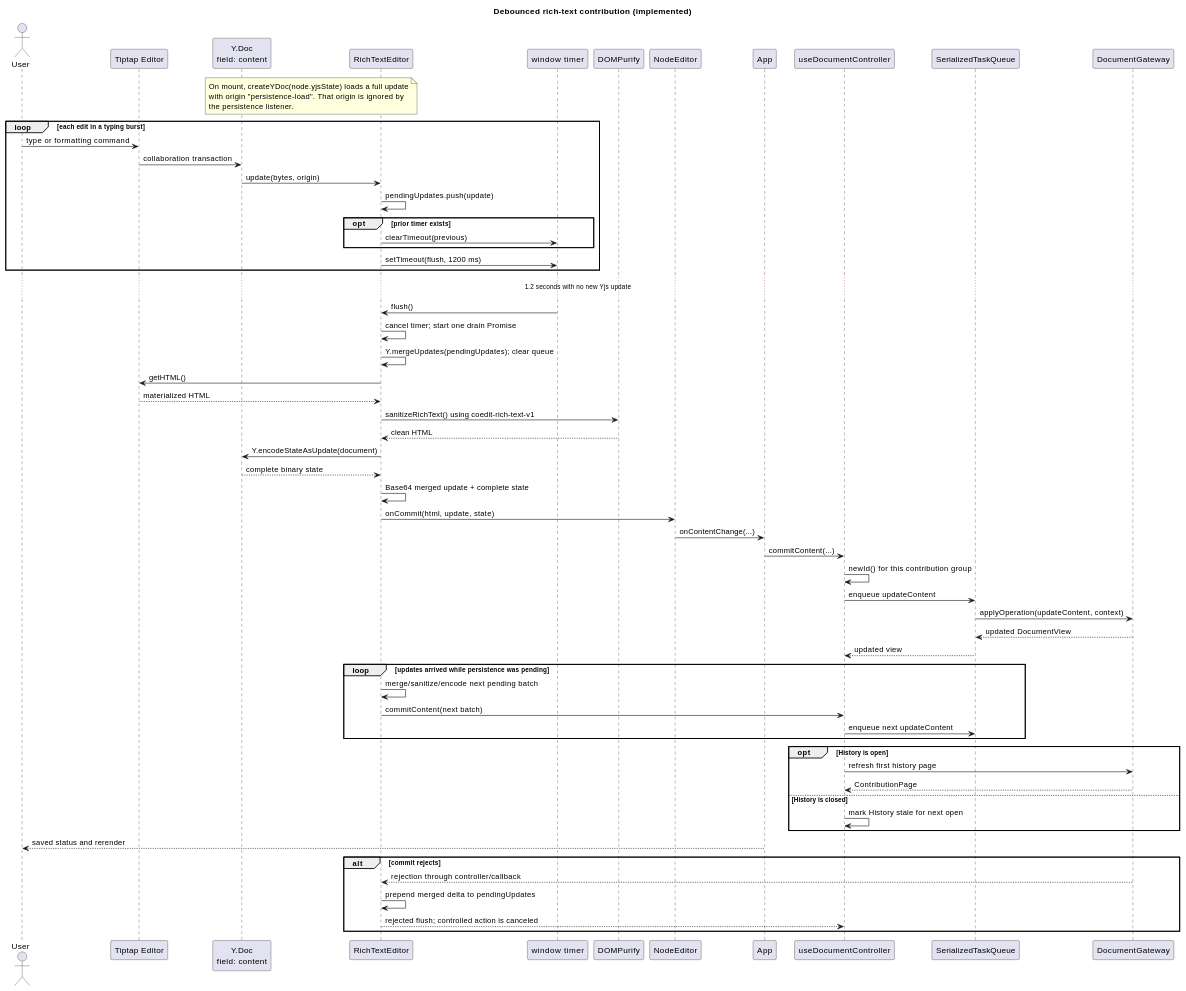
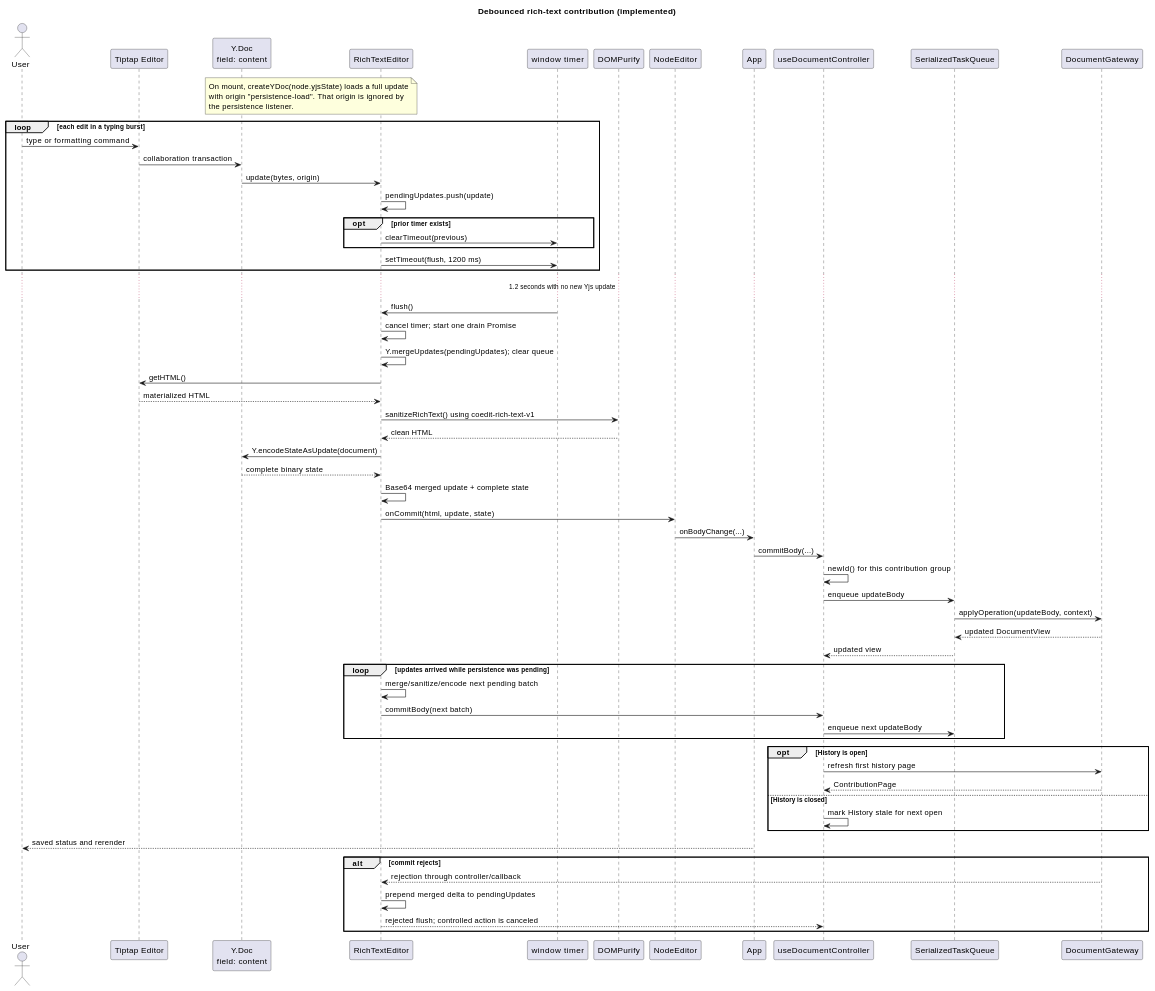
The sixth of 13 diagrams in docs/SEQUENCE_DIAGRAMS.md (benoit-gl/coedit), drawn with PlantUML before and after one commit. The commit also changed other lines of this file and 28 other files, not shown here.

Commit message:
removed summary; each node now only has title+body

````diff
--- a/docs/SEQUENCE_DIAGRAMS.md
+++ b/docs/SEQUENCE_DIAGRAMS.md
@@ -329,71 +329,71 @@
 ```plantuml
 @startuml
 title Debounced rich-text contribution (implemented)
 actor User
 participant "Tiptap Editor" as Tiptap
 participant "Y.Doc\nfield: content" as YDoc
 participant "RichTextEditor" as Rich
 participant "window timer" as Timer
 participant "DOMPurify" as Purify
 participant "NodeEditor" as NodeEditor
 participant "App" as App
 participant "useDocumentController" as Controller
 participant "SerializedTaskQueue" as Queue
 participant "DocumentGateway" as Gateway
 
 note over Rich,YDoc
   On mount, createYDoc(node.yjsState) loads a full update
   with origin "persistence-load". That origin is ignored by
   the persistence listener.
 end note
 
 loop each edit in a typing burst
   User -> Tiptap : type or formatting command
   Tiptap -> YDoc : collaboration transaction
   YDoc -> Rich : update(bytes, origin)
   Rich -> Rich : pendingUpdates.push(update)
   opt prior timer exists
     Rich -> Timer : clearTimeout(previous)
   end
   Rich -> Timer : setTimeout(flush, 1200 ms)
 end
 
 ... 1.2 seconds with no new Yjs update ...
 Timer -> Rich : flush()
 Rich -> Rich : cancel timer; start one drain Promise
 Rich -> Rich : Y.mergeUpdates(pendingUpdates); clear queue
 Rich -> Tiptap : getHTML()
 Tiptap --> Rich : materialized HTML
 Rich -> Purify : sanitizeRichText() using coedit-rich-text-v1
 Purify --> Rich : clean HTML
 Rich -> YDoc : Y.encodeStateAsUpdate(document)
 YDoc --> Rich : complete binary state
 Rich -> Rich : Base64 merged update + complete state
 Rich -> NodeEditor : onCommit(html, update, state)
-NodeEditor -> App : onContentChange(...)
-App -> Controller : commitContent(...)
+NodeEditor -> App : onBodyChange(...)
+App -> Controller : commitBody(...)
 Controller -> Controller : newId() for this contribution group
-Controller -> Queue : enqueue updateContent
-Queue -> Gateway : applyOperation(updateContent, context)
+Controller -> Queue : enqueue updateBody
+Queue -> Gateway : applyOperation(updateBody, context)
 Gateway --> Queue : updated DocumentView
 Queue --> Controller : updated view
 loop updates arrived while persistence was pending
   Rich -> Rich : merge/sanitize/encode next pending batch
-  Rich -> Controller : commitContent(next batch)
-  Controller -> Queue : enqueue next updateContent
+  Rich -> Controller : commitBody(next batch)
+  Controller -> Queue : enqueue next updateBody
 end
 opt History is open
   Controller -> Gateway : refresh first history page
   Gateway --> Controller : ContributionPage
 else History is closed
   Controller -> Controller : mark History stale for next open
 end
 App --> User : saved status and rerender
 
 alt commit rejects
   Gateway --> Rich : rejection through controller/callback
   Rich -> Rich : prepend merged delta to pendingUpdates
   Rich --> Controller : rejected flush; controlled action is canceled
 end
 @enduml
 ```
````
